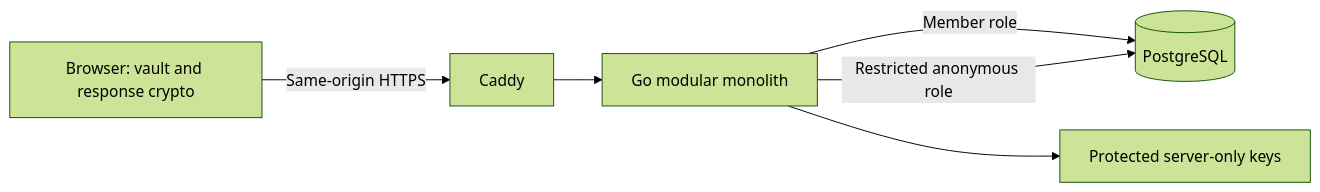
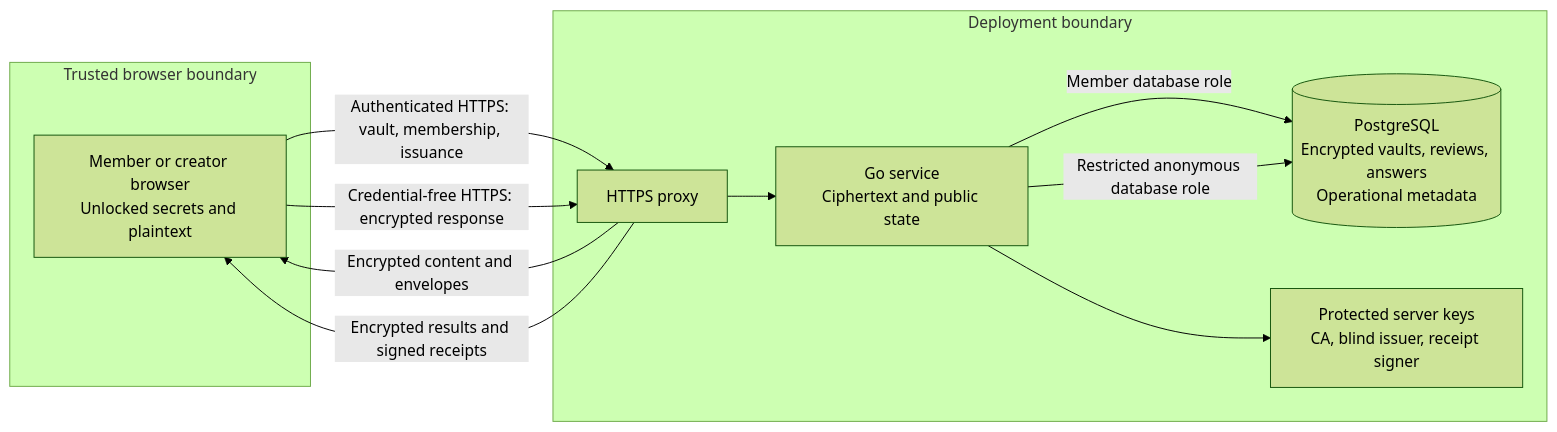
One commit to mandipnotroot/anonce-platform changed the diagram in README.md. Above: the diagram before and after it, drawn with Mermaid (forest theme). The commit also changed other lines of this file and 2 other files, not shown here.

Commit message:
docs: clarify trust boundaries and review flow

````diff
--- a/README.md
+++ b/README.md
@@ -30,8 +30,22 @@
 ```mermaid
 flowchart LR
-    Browser[Browser: vault and response crypto] -->|Same-origin HTTPS| Caddy
-    Caddy --> App[Go modular monolith]
-    App -->|Member role| DB[(PostgreSQL)]
-    App -->|Restricted anonymous role| DB
-    App --> Keys[Protected server-only keys]
+accTitle: Anonce deployment trust boundaries
+accDescr: Browser-held plaintext and private keys connect through HTTPS to a service that stores encrypted data and metadata. Server signing keys stay separate.
+    subgraph Client[Trusted browser boundary]
+        Browser[Member or creator browser<br/>Unlocked secrets and plaintext]
+    end
+    subgraph Service[Deployment boundary]
+        Proxy[HTTPS proxy]
+        App[Go service<br/>Ciphertext and public state]
+        DB[(PostgreSQL<br/>Encrypted vaults, reviews, answers<br/>Operational metadata)]
+        Keys[Protected server keys<br/>CA, blind issuer, receipt signer]
+        Proxy --> App
+        App -->|Member database role| DB
+        App -->|Restricted anonymous database role| DB
+        App --> Keys
+    end
+    Browser -->|Authenticated HTTPS: vault, membership, issuance| Proxy
+    Browser -->|Credential-free HTTPS: encrypted response| Proxy
+    Proxy -->|Encrypted content and envelopes| Browser
+    Proxy -->|Encrypted results and signed receipts| Browser
 ```
````
